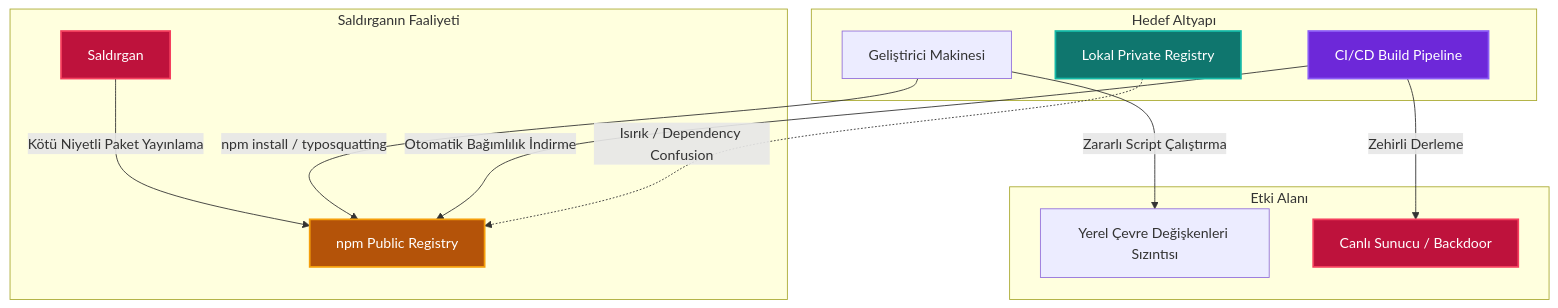
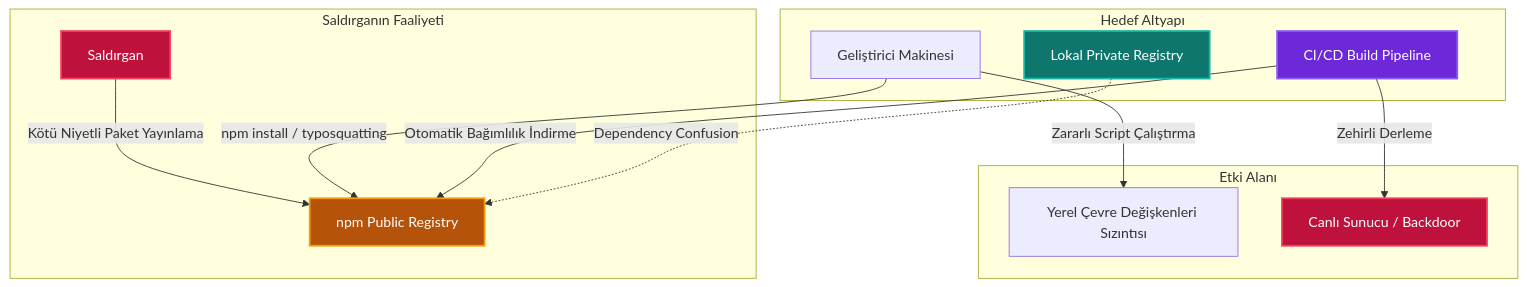
One commit to yusufarbc/yusufarbc changed the diagram in website/content/npm-attacks/tr.md. Above: the diagram before and after it, drawn with Mermaid. The commit also changed other lines of this file and 4 other files, not shown here.

````diff
--- a/website/content/npm-attacks/tr.md
+++ b/website/content/npm-attacks/tr.md
@@ -18,23 +49,23 @@
 ```mermaid
 graph TD
     subgraph Saldırganın Faaliyeti
         Attacker[Saldırgan] -->|Kötü Niyetli Paket Yayınlama| PublicRegistry[npm Public Registry]
     end
 
     subgraph Hedef Altyapı
         Dev[Geliştirici Makinesi] -->|npm install / typosquatting| PublicRegistry
         CI_CD[CI/CD Build Pipeline] -->|Otomatik Bağımlılık İndirme| PublicRegistry
-        PrivateRegistry[Lokal Private Registry] -.->|Isırık / Dependency Confusion| PublicRegistry
+        PrivateRegistry[Lokal Private Registry] -.->|Dependency Confusion| PublicRegistry
     end
 
     subgraph Etki Alanı
         Dev -->|Zararlı Script Çalıştırma| DevEnv[Yerel Çevre Değişkenleri Sızıntısı]
         CI_CD -->|Zehirli Derleme| Prod[Canlı Sunucu / Backdoor]
     end
 
     style Attacker fill:#be123c,stroke:#f43f5e,stroke-width:2px,color:#fff;
     style PublicRegistry fill:#b45309,stroke:#f59e0b,stroke-width:2px,color:#fff;
     style PrivateRegistry fill:#0f766e,stroke:#14b8a6,stroke-width:2px,color:#fff;
     style CI_CD fill:#6d28d9,stroke:#8b5cf6,stroke-width:2px,color:#fff;
     style Prod fill:#be123c,stroke:#f43f5e,stroke-width:2px,color:#fff;
 ```
````
